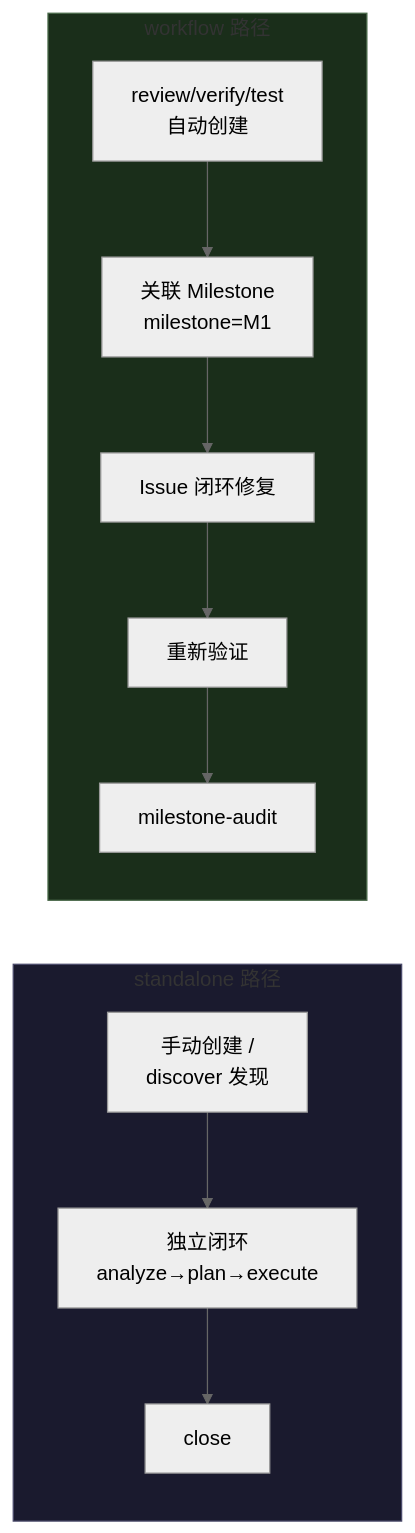
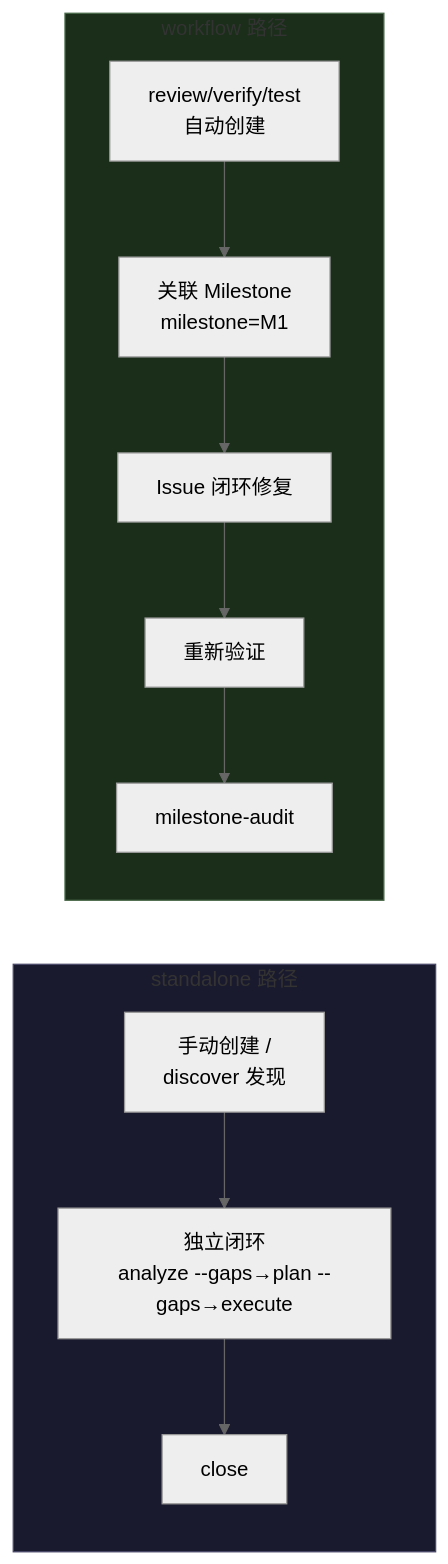
One commit to catlog22/maestro-flow changed the third of 9 diagrams in guide/command-usage-guide.md. Above: the diagram before and after it, drawn with Mermaid (neutral theme). The commit also changed other lines of this file and 75 other files, not shown here.

````diff
--- a/guide/command-usage-guide.md
+++ b/guide/command-usage-guide.md
@@ -178,17 +178,17 @@
 ```mermaid
 graph LR
     subgraph standalone_path["standalone 路径"]
-        S1["手动创建 /<br>discover 发现"] --> S2["独立闭环<br>analyze→plan→execute"]
+        S1["手动创建 /<br>discover 发现"] --> S2["独立闭环<br>analyze --gaps→plan --gaps→execute"]
         S2 --> S3["close"]
     end
 
     subgraph workflow_path["workflow 路径"]
         W1["review/verify/test<br>自动创建"] --> W2["关联 Milestone<br>milestone=M1"]
         W2 --> W3["Issue 闭环修复"]
         W3 --> W4["重新验证"]
         W4 --> W5["milestone-audit"]
     end
 
     style standalone_path fill:#1a1a2e,stroke:#4a4a6a
     style workflow_path fill:#1a2e1a,stroke:#4a6a4a
 ```
````
